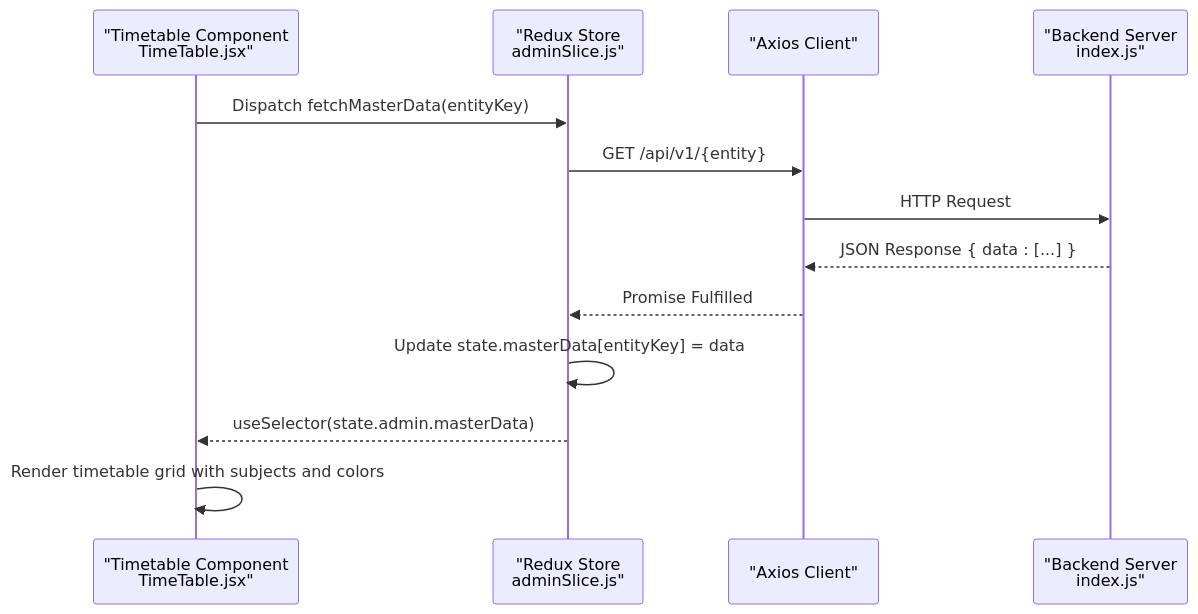
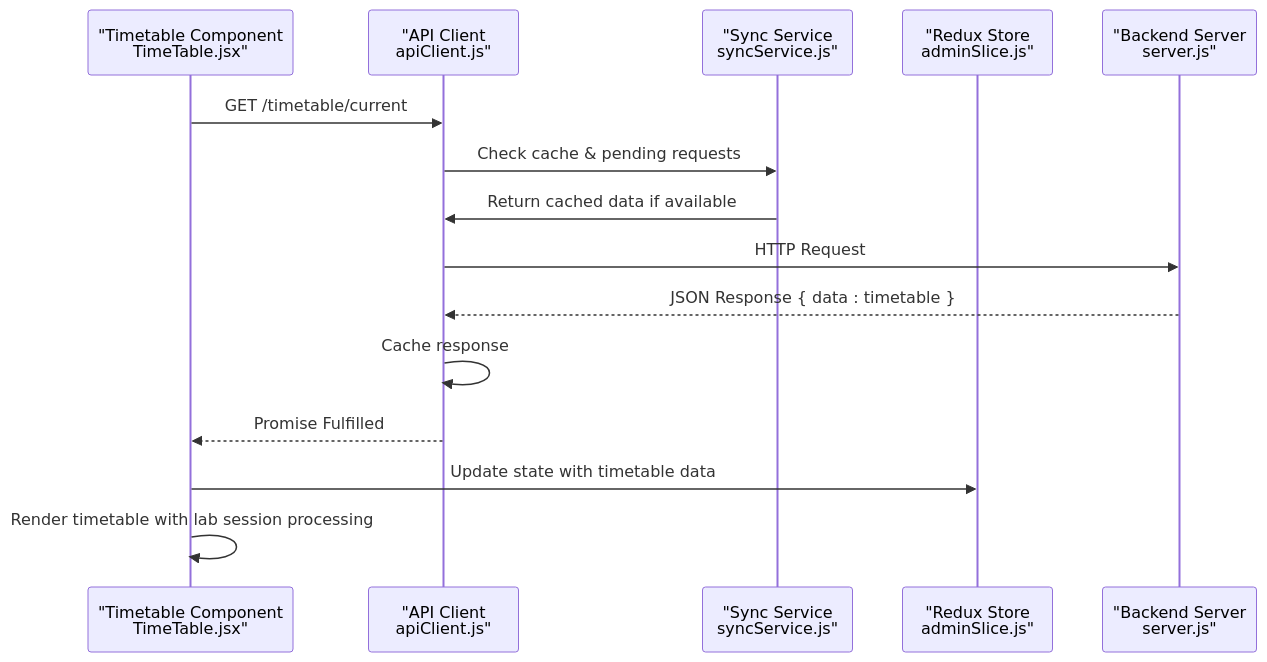
Before and after one commit to Aryan9060/Timetable-Project: the second of 8 diagrams in .qoder/repowiki/en/content/Timetable Generation System/Data Integration & API Connectivity.md, drawn with Mermaid. The commit also changed other lines of this file and 7 other files, not shown here.

First line of the commit message:
feat(timetable): enhance data integration with real-time sync and caching

````diff
--- a/.qoder/repowiki/en/content/Timetable Generation System/Data Integration & API Connectivity.md
+++ b/.qoder/repowiki/en/content/Timetable Generation System/Data Integration & API Connectivity.md
@@ -117,15 +133,17 @@
 ```mermaid
 sequenceDiagram
 participant UI as "Timetable Component<br/>TimeTable.jsx"
+participant AC as "API Client<br/>apiClient.js"
+participant SS as "Sync Service<br/>syncService.js"
 participant RS as "Redux Store<br/>adminSlice.js"
-participant AX as "Axios Client"
-participant BE as "Backend Server<br/>index.js"
-UI->>RS : Dispatch fetchMasterData(entityKey)
-RS->>AX : GET /api/v1/{entity}
-AX->>BE : HTTP Request
-BE-->>AX : JSON Response { data : [...] }
-AX-->>RS : Promise Fulfilled
-RS->>RS : Update state.masterData[entityKey] = data
-RS-->>UI : useSelector(state.admin.masterData)
-UI->>UI : Render timetable grid with subjects and colors
+participant BE as "Backend Server<br/>server.js"
+UI->>AC : GET /timetable/current
+AC->>SS : Check cache & pending requests
+SS->>AC : Return cached data if available
+AC->>BE : HTTP Request
+BE-->>AC : JSON Response { data : timetable }
+AC->>AC : Cache response
+AC-->>UI : Promise Fulfilled
+UI->>RS : Update state with timetable data
+UI->>UI : Render timetable with lab session processing
 ```
````
